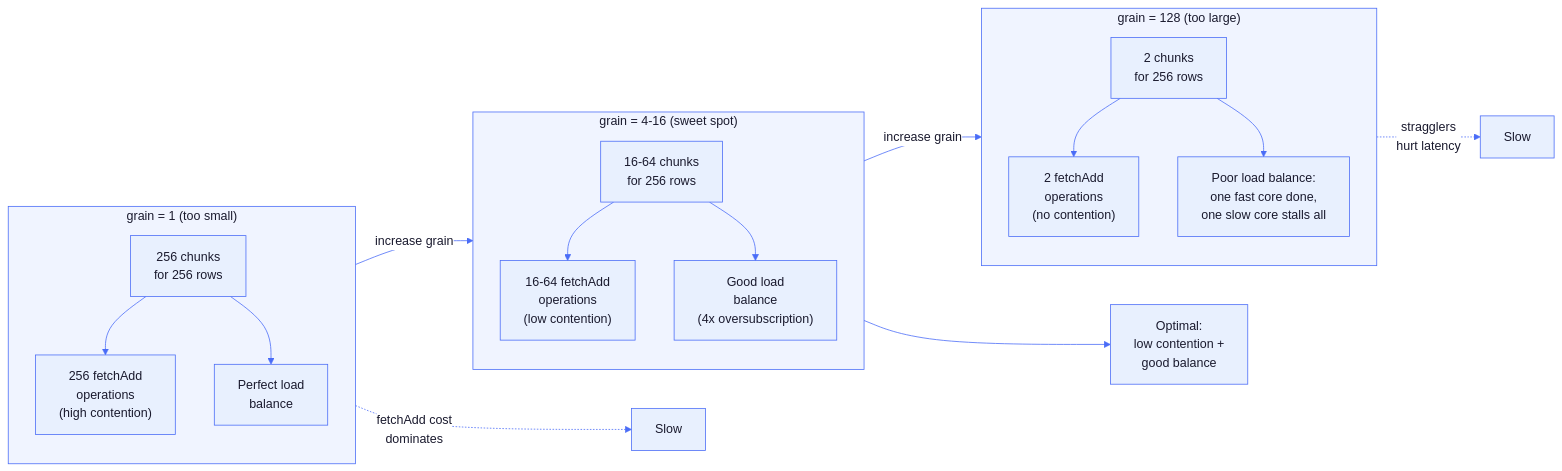
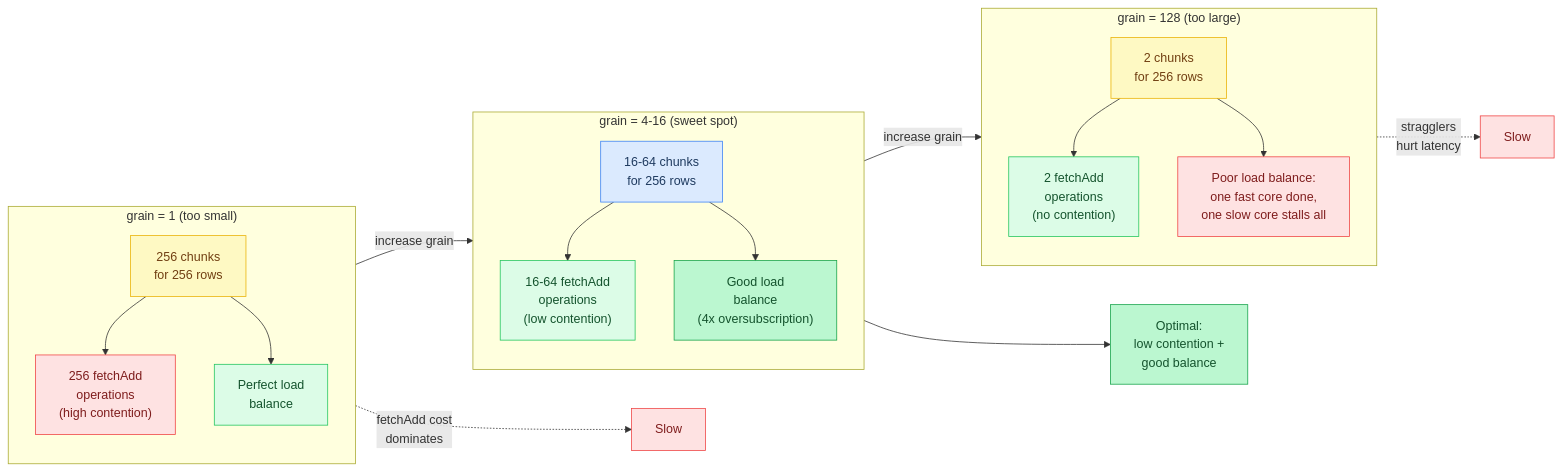
Before and after one commit to maci0/agave: the sixth of 7 diagrams in docs/tutorial/12-cpu-parallelism.md, drawn with Mermaid. The commit also changed other lines of this file and 24 other files, not shown here.

First line of the commit message:
docs: convert all mermaid diagrams to classDef semantic colors

````diff
--- a/docs/tutorial/12-cpu-parallelism.md
+++ b/docs/tutorial/12-cpu-parallelism.md
@@ -540,50 +549,47 @@
 ```mermaid
-%%{init: {'theme': 'base', 'themeVariables': {
-  'primaryColor': '#e8f0fe',
-  'primaryTextColor': '#1a1a2e',
-  'primaryBorderColor': '#4a6cf7',
-  'lineColor': '#4a6cf7',
-  'secondaryColor': '#f0f4ff',
-  'tertiaryColor': '#f8f9ff',
-  'edgeLabelBackground': '#ffffff',
-  'clusterBkg': '#f0f4ff',
-  'clusterBorder': '#4a6cf7',
-  'titleColor': '#1a1a2e',
-  'nodeTextColor': '#1a1a2e',
-  'fontFamily': 'ui-monospace, SFMono-Regular, monospace'
-}}}%%
 flowchart LR
+    classDef setup     fill:#dbeafe,stroke:#3b82f6,color:#1e3a5f
+    classDef sync      fill:#dcfce7,stroke:#22c55e,color:#14532d
+    classDef migration fill:#fef9c3,stroke:#eab308,color:#713f12
+    classDef success   fill:#bbf7d0,stroke:#16a34a,color:#14532d
+    classDef danger    fill:#fee2e2,stroke:#ef4444,color:#7f1d1d
+    classDef optional  fill:#f3e8ff,stroke:#9333ea,color:#581c87
+
+    Slow1["Slow"]:::danger
+    Slow2["Slow"]:::danger
+    Fast["Optimal:\nlow contention +\ngood balance"]:::success
+
     subgraph small ["grain = 1  (too small)"]
         direction TB
-        S_chunks["256 chunks\nfor 256 rows"]
-        S_atomic["256 fetchAdd\noperations\n(high contention)"]
-        S_load["Perfect load\nbalance"]
+        S_chunks["256 chunks\nfor 256 rows"]:::migration
+        S_atomic["256 fetchAdd\noperations\n(high contention)"]:::danger
+        S_load["Perfect load\nbalance"]:::sync
         S_chunks --> S_atomic
         S_chunks --> S_load
     end
 
     subgraph sweet ["grain = 4-16  (sweet spot)"]
         direction TB
-        M_chunks["16-64 chunks\nfor 256 rows"]
-        M_atomic["16-64 fetchAdd\noperations\n(low contention)"]
-        M_load["Good load\nbalance\n(4x oversubscription)"]
+        M_chunks["16-64 chunks\nfor 256 rows"]:::setup
+        M_atomic["16-64 fetchAdd\noperations\n(low contention)"]:::sync
+        M_load["Good load\nbalance\n(4x oversubscription)"]:::success
         M_chunks --> M_atomic
         M_chunks --> M_load
     end
 
     subgraph large ["grain = 128  (too large)"]
         direction TB
-        L_chunks["2 chunks\nfor 256 rows"]
-        L_atomic["2 fetchAdd\noperations\n(no contention)"]
-        L_load["Poor load balance:\none fast core done,\none slow core stalls all"]
+        L_chunks["2 chunks\nfor 256 rows"]:::migration
+        L_atomic["2 fetchAdd\noperations\n(no contention)"]:::sync
+        L_load["Poor load balance:\none fast core done,\none slow core stalls all"]:::danger
         L_chunks --> L_atomic
         L_chunks --> L_load
     end
 
     small -->|"increase grain"| sweet
     sweet -->|"increase grain"| large
 
-    small -. "fetchAdd cost\ndominates" .-> Slow1["Slow"]
-    large -. "stragglers\nhurt latency" .-> Slow2["Slow"]
-    sweet --> Fast["Optimal:\nlow contention +\ngood balance"]
+    small -. "fetchAdd cost\ndominates" .-> Slow1
+    large -. "stragglers\nhurt latency" .-> Slow2
+    sweet --> Fast
 ```
````
